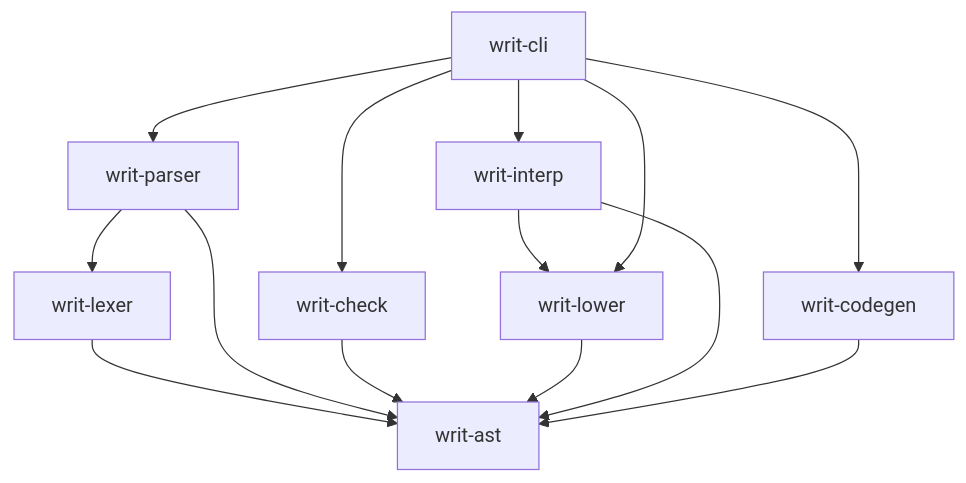
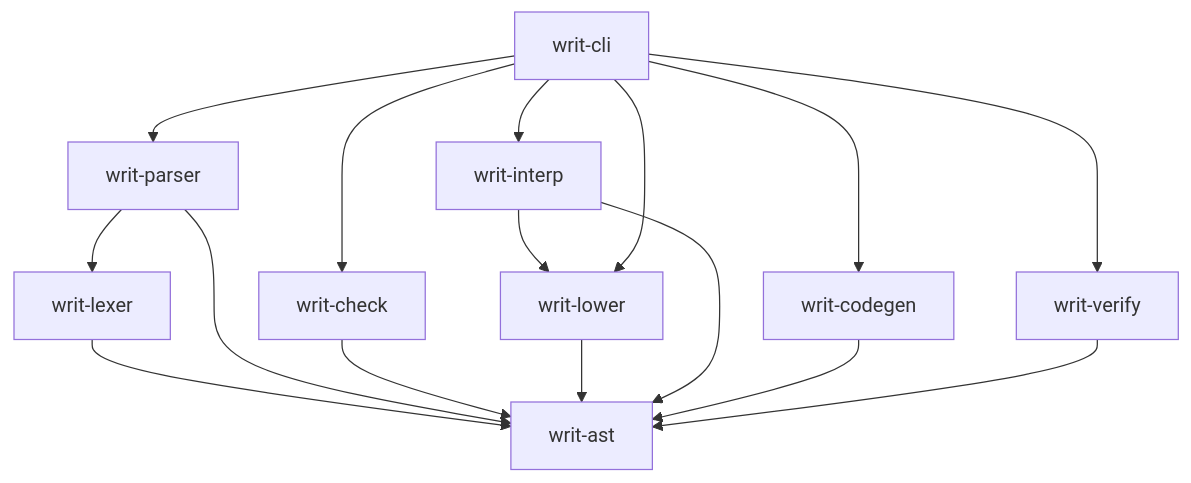
One commit to PaoloBozzini/writ changed the diagram in CLAUDE.md. Above: the diagram before and after it, drawn with Mermaid. The commit also changed other lines of this file and 9 other files, not shown here.

````diff
--- a/CLAUDE.md
+++ b/CLAUDE.md
@@ -40,16 +40,18 @@
 ```mermaid
 graph TD
   lexer[writ-lexer] --> ast[writ-ast]
   parser[writ-parser] --> lexer
   parser --> ast
   check[writ-check] --> ast
   lower[writ-lower] --> ast
   interp[writ-interp] --> ast
   interp --> lower
   codegen[writ-codegen] --> ast
+  verify[writ-verify] --> ast
   cli[writ-cli] --> parser
   cli --> check
   cli --> lower
   cli --> codegen
+  cli --> verify
   cli --> interp
 ```
````
